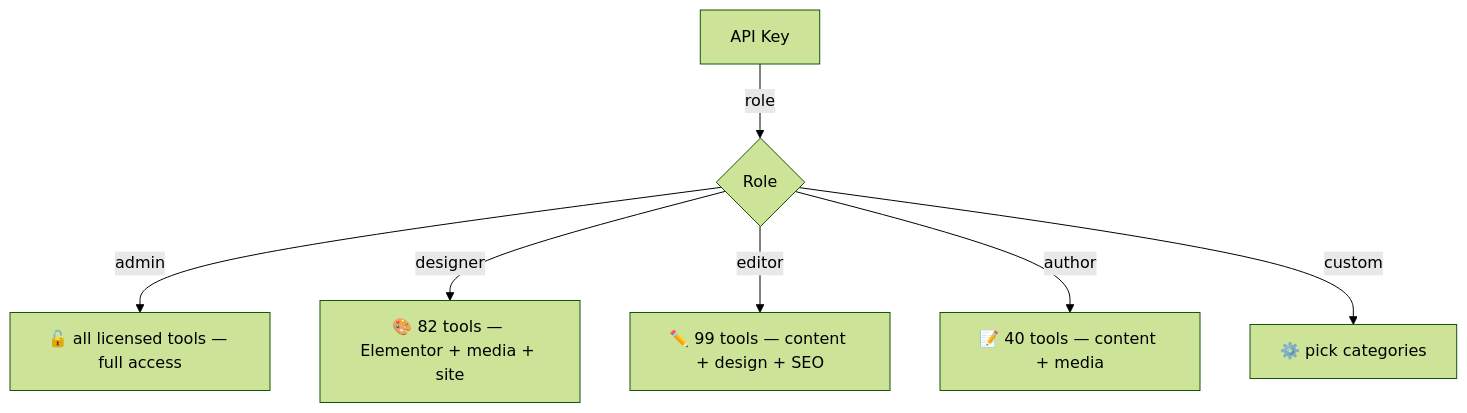
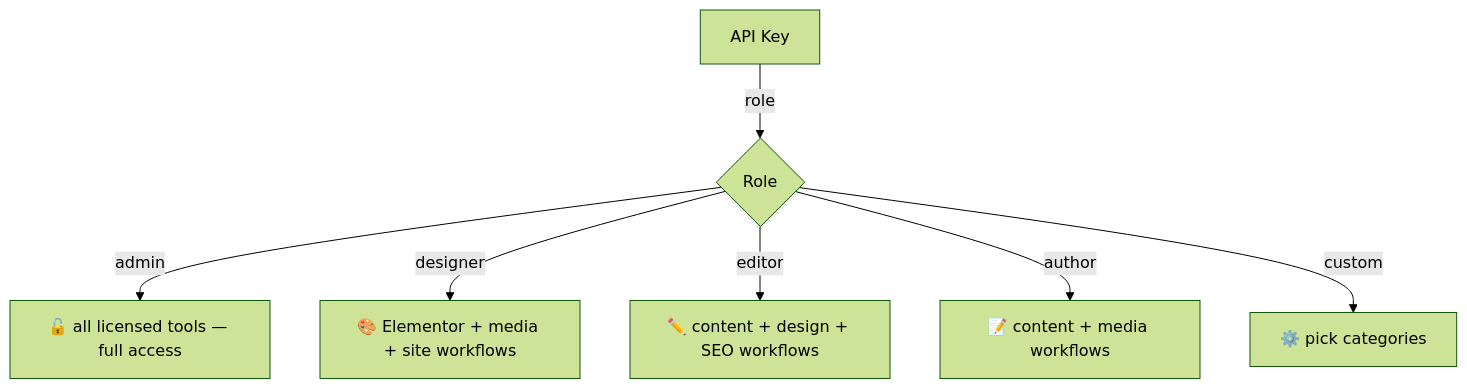
The second of 2 diagrams in README.md (Mumega-com/mcpwp), drawn with Mermaid (forest theme) before and after one commit. The commit also changed other lines of this file and 32 other files, not shown here.

````diff
--- a/README.md
+++ b/README.md
@@ -144,9 +136,9 @@
 ```mermaid
 graph TD
     A[API Key] -->|role| B{Role}
     B -->|admin| C["🔓 all licensed tools — full access"]
-    B -->|designer| D["🎨 82 tools — Elementor + media + site"]
-    B -->|editor| E["✏️ 99 tools — content + design + SEO"]
-    B -->|author| F["📝 40 tools — content + media"]
+    B -->|designer| D["🎨 Elementor + media + site workflows"]
+    B -->|editor| E["✏️ content + design + SEO workflows"]
+    B -->|author| F["📝 content + media workflows"]
     B -->|custom| G["⚙️ pick categories"]
 ```
````
